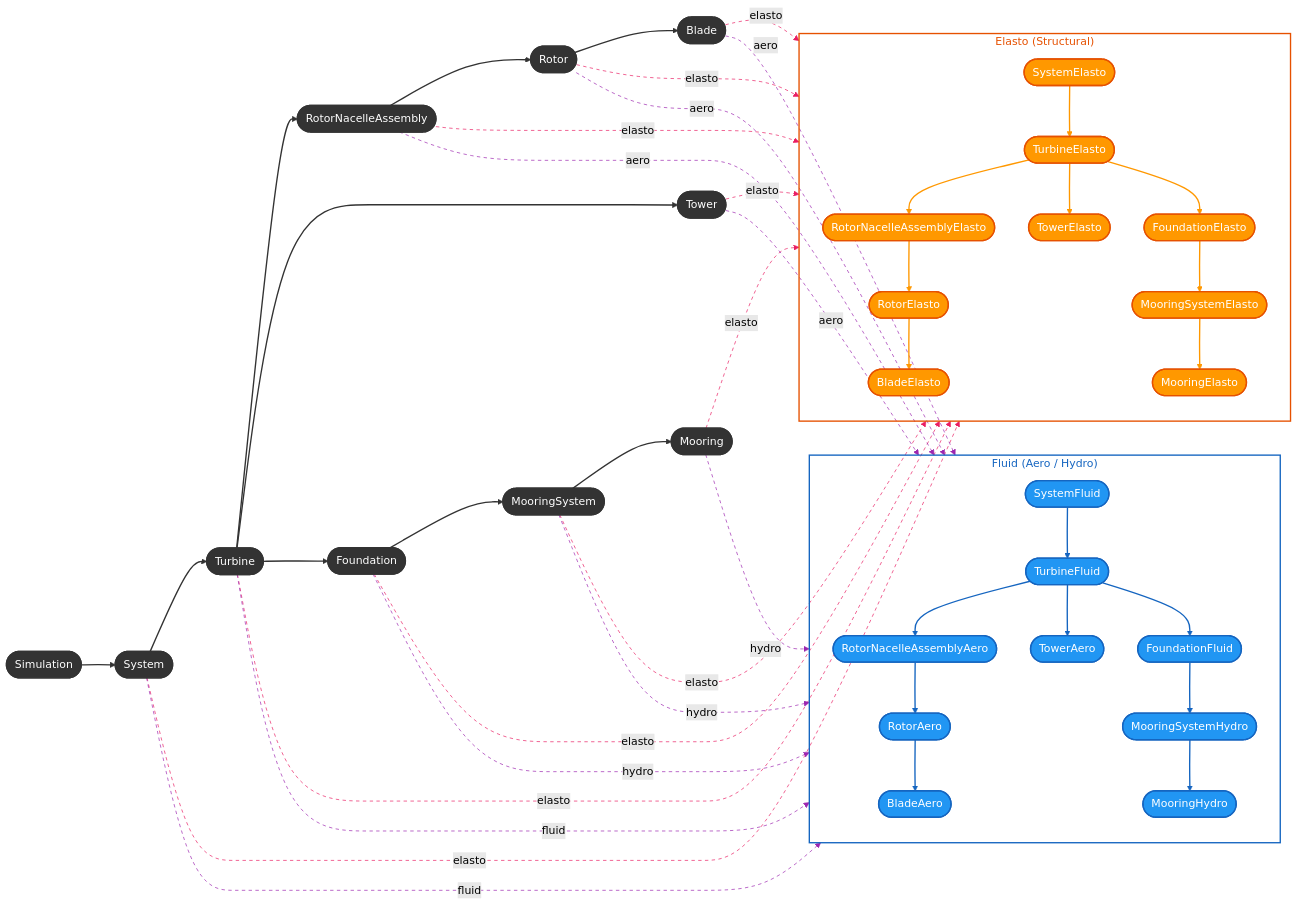
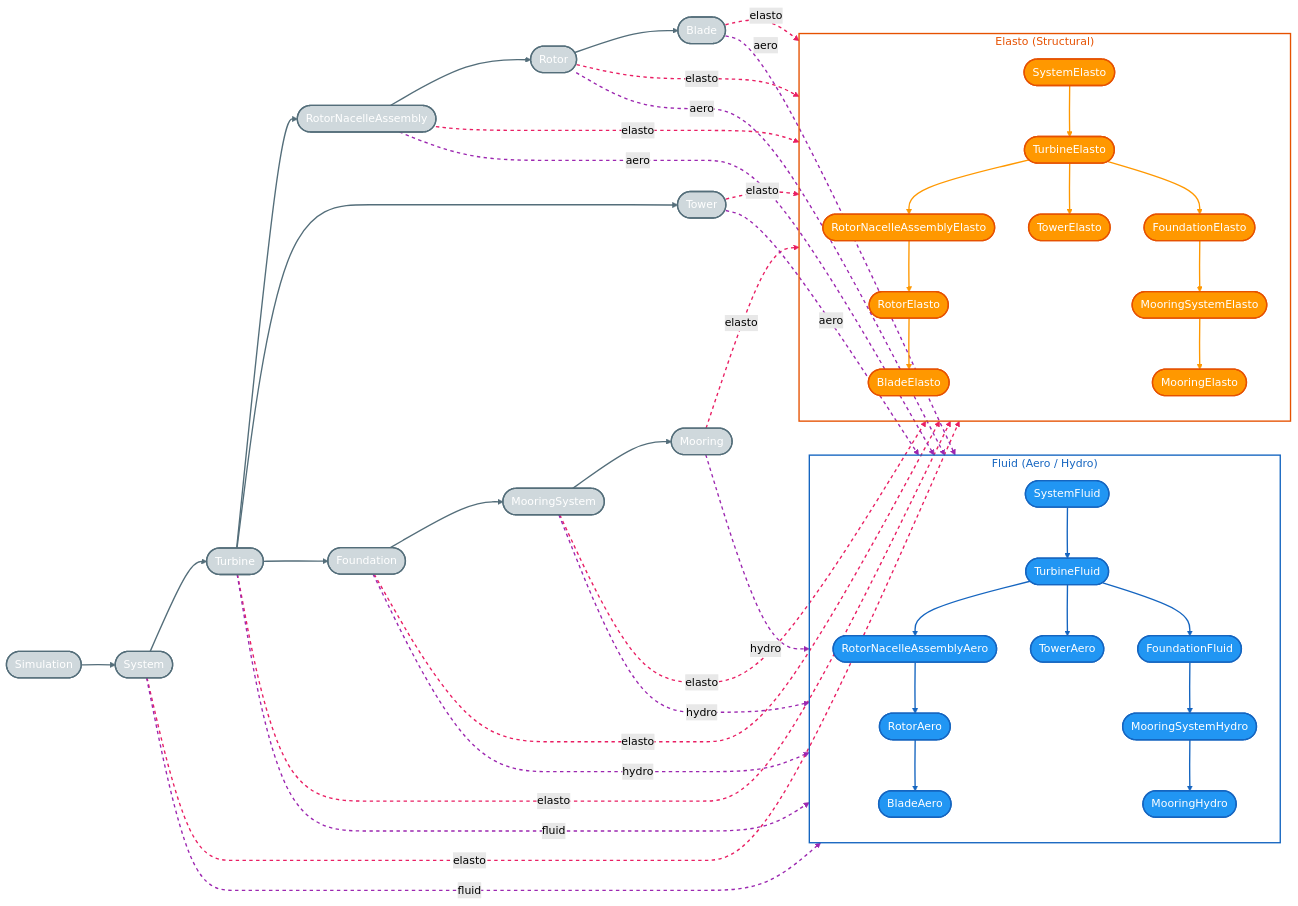
Before and after one commit to AlvaroDFC/seahowl: the diagram in doc/source/dev-guide/core-workflow.md, drawn with Mermaid (forest theme). The commit also changed other lines of this file and 46 other files, not shown here.

````diff
--- a/doc/source/dev-guide/core-workflow.md
+++ b/doc/source/dev-guide/core-workflow.md
@@ -103,7 +103,7 @@
 
       %% Styles
       classDef fluidNode fill:#2196F3,stroke:#1565C0,color:#fff,stroke-width:2px
-      classDef coreNode fill:#333,stroke:#333,color:#fff,stroke-width:2px
+      classDef coreNode fill:#CFD8DC,stroke:#546E7A,color:#fff,stroke-width:2px
       classDef elastoNode fill:#FF9800,stroke:#E65100,color:#fff,stroke-width:2px
 
       class SystemFluid,TurbineFluid,RNAAero,RotorAero,BladeAero,TowerAero,FoundationFluid,MooringSystemHydro,MooringHydro fluidNode
@@ -113,9 +113,9 @@
       style Fluid fill:none,stroke:#1565C0,stroke-width:2px,color:#1565C0
       style Elasto fill:none,stroke:#E65100,stroke-width:2px,color:#E65100
 
-      linkStyle 0,1,2,3,4,5,6,7,8 stroke:#333,stroke-width:2px
+      linkStyle 0,1,2,3,4,5,6,7,8 stroke:#546E7A,stroke-width:2px
       linkStyle 9,10,11,12,13,14,15,16 stroke:#1565C0,stroke-width:2px
       linkStyle 17,18,19,20,21,22,23,24 stroke:#FF9800,stroke-width:2px
-      linkStyle 25,26,27,28,29,30,31,32,33 stroke:#9C27B0,stroke-width:1px,stroke-dasharray:5 5
-      linkStyle 34,35,36,37,38,39,40,41,42 stroke:#E91E63,stroke-width:1px,stroke-dasharray:5 5
+      linkStyle 25,26,27,28,29,30,31,32,33 stroke:#9C27B0,stroke-width:2px,stroke-dasharray:5 5
+      linkStyle 34,35,36,37,38,39,40,41,42 stroke:#E91E63,stroke-width:2px,stroke-dasharray:5 5
 ```
````
